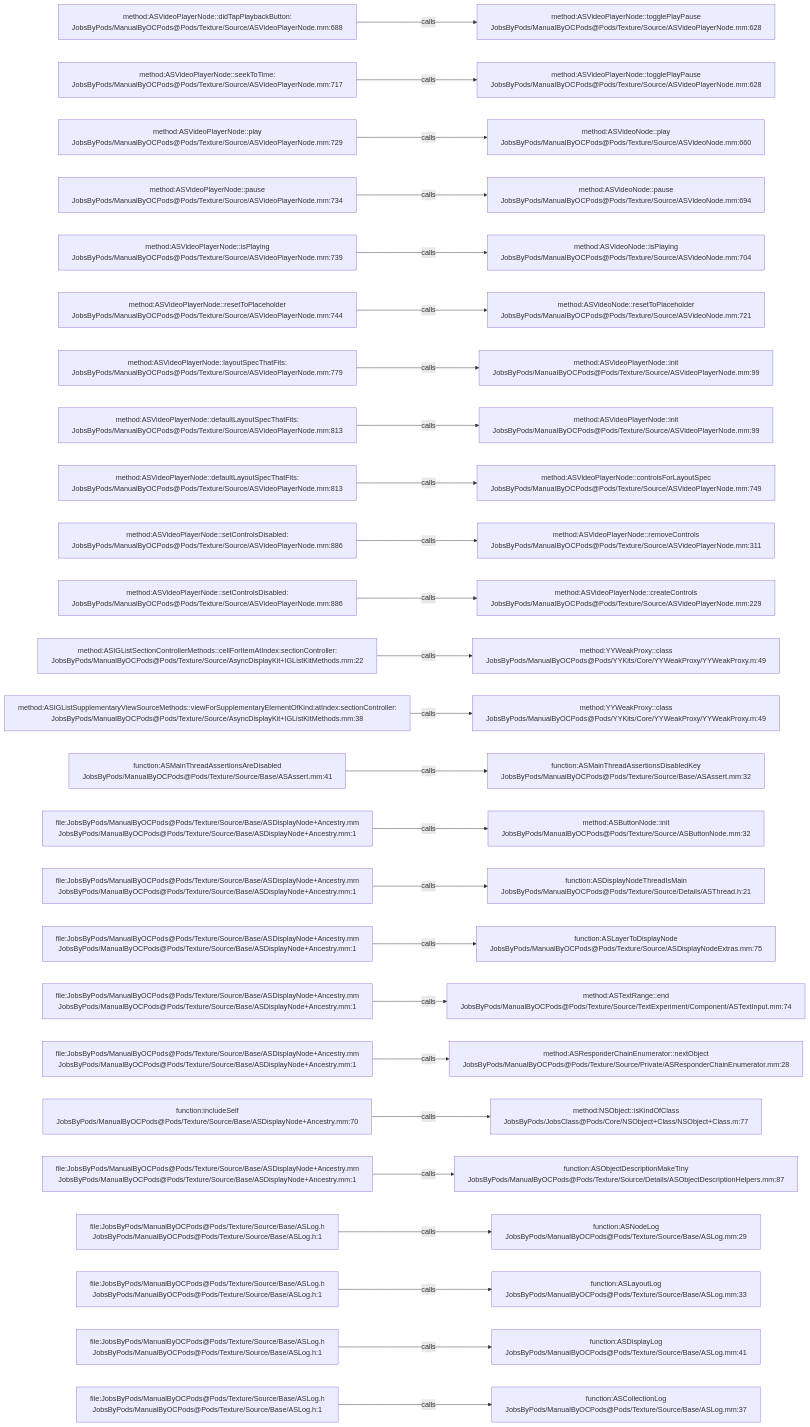
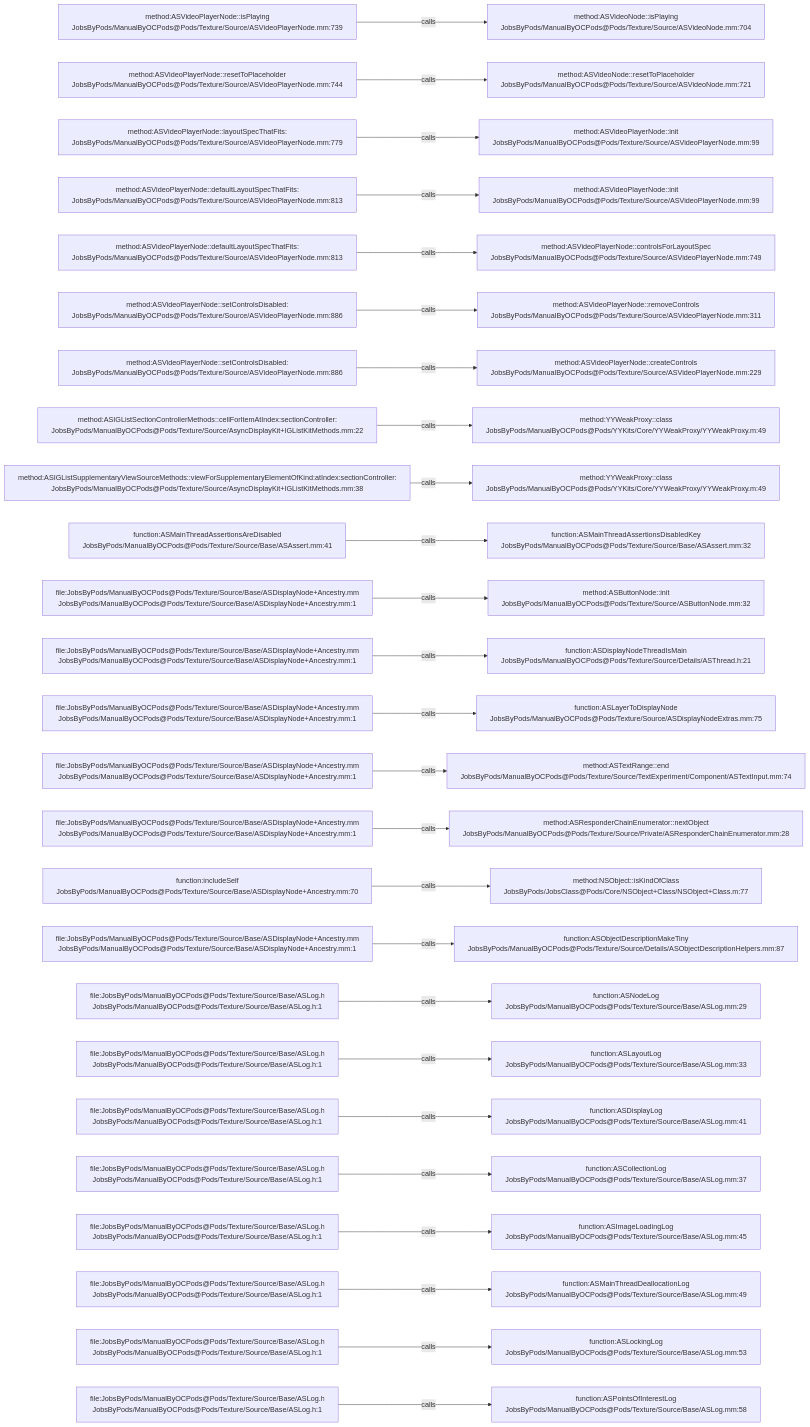
One commit to JobsKits/JobsOCBaseConfigDemo changed the diagram in .codegraph/codegraph.md/graphs/calls-145.md. Above: the diagram before and after it, drawn with Mermaid. The commit also changed 727 other files, not shown here.

````diff
--- a/.codegraph/codegraph.md/graphs/calls-145.md
+++ b/.codegraph/codegraph.md/graphs/calls-145.md
@@ -13,78 +13,78 @@
 ```mermaid
 flowchart LR
-  S1["method:ASVideoPlayerNode::didTapPlaybackButton:<br/>JobsByPods/ManualByOCPods@Pods/Texture/Source/ASVideoPlayerNode.mm:688"]
-  T1["method:ASVideoPlayerNode::togglePlayPause<br/>JobsByPods/ManualByOCPods@Pods/Texture/Source/ASVideoPlayerNode.mm:628"]
+  S1["method:ASVideoPlayerNode::isPlaying<br/>JobsByPods/ManualByOCPods@Pods/Texture/Source/ASVideoPlayerNode.mm:739"]
+  T1["method:ASVideoNode::isPlaying<br/>JobsByPods/ManualByOCPods@Pods/Texture/Source/ASVideoNode.mm:704"]
   S1 -->|calls| T1
-  S2["method:ASVideoPlayerNode::seekToTime:<br/>JobsByPods/ManualByOCPods@Pods/Texture/Source/ASVideoPlayerNode.mm:717"]
-  T2["method:ASVideoPlayerNode::togglePlayPause<br/>JobsByPods/ManualByOCPods@Pods/Texture/Source/ASVideoPlayerNode.mm:628"]
+  S2["method:ASVideoPlayerNode::resetToPlaceholder<br/>JobsByPods/ManualByOCPods@Pods/Texture/Source/ASVideoPlayerNode.mm:744"]
+  T2["method:ASVideoNode::resetToPlaceholder<br/>JobsByPods/ManualByOCPods@Pods/Texture/Source/ASVideoNode.mm:721"]
   S2 -->|calls| T2
-  S3["method:ASVideoPlayerNode::play<br/>JobsByPods/ManualByOCPods@Pods/Texture/Source/ASVideoPlayerNode.mm:729"]
-  T3["method:ASVideoNode::play<br/>JobsByPods/ManualByOCPods@Pods/Texture/Source/ASVideoNode.mm:660"]
+  S3["method:ASVideoPlayerNode::layoutSpecThatFits:<br/>JobsByPods/ManualByOCPods@Pods/Texture/Source/ASVideoPlayerNode.mm:779"]
+  T3["method:ASVideoPlayerNode::init<br/>JobsByPods/ManualByOCPods@Pods/Texture/Source/ASVideoPlayerNode.mm:99"]
   S3 -->|calls| T3
-  S4["method:ASVideoPlayerNode::pause<br/>JobsByPods/ManualByOCPods@Pods/Texture/Source/ASVideoPlayerNode.mm:734"]
-  T4["method:ASVideoNode::pause<br/>JobsByPods/ManualByOCPods@Pods/Texture/Source/ASVideoNode.mm:694"]
+  S4["method:ASVideoPlayerNode::defaultLayoutSpecThatFits:<br/>JobsByPods/ManualByOCPods@Pods/Texture/Source/ASVideoPlayerNode.mm:813"]
+  T4["method:ASVideoPlayerNode::init<br/>JobsByPods/ManualByOCPods@Pods/Texture/Source/ASVideoPlayerNode.mm:99"]
   S4 -->|calls| T4
-  S5["method:ASVideoPlayerNode::isPlaying<br/>JobsByPods/ManualByOCPods@Pods/Texture/Source/ASVideoPlayerNode.mm:739"]
-  T5["method:ASVideoNode::isPlaying<br/>JobsByPods/ManualByOCPods@Pods/Texture/Source/ASVideoNode.mm:704"]
+  S5["method:ASVideoPlayerNode::defaultLayoutSpecThatFits:<br/>JobsByPods/ManualByOCPods@Pods/Texture/Source/ASVideoPlayerNode.mm:813"]
+  T5["method:ASVideoPlayerNode::controlsForLayoutSpec<br/>JobsByPods/ManualByOCPods@Pods/Texture/Source/ASVideoPlayerNode.mm:749"]
   S5 -->|calls| T5
-  S6["method:ASVideoPlayerNode::resetToPlaceholder<br/>JobsByPods/ManualByOCPods@Pods/Texture/Source/ASVideoPlayerNode.mm:744"]
-  T6["method:ASVideoNode::resetToPlaceholder<br/>JobsByPods/ManualByOCPods@Pods/Texture/Source/ASVideoNode.mm:721"]
+  S6["method:ASVideoPlayerNode::setControlsDisabled:<br/>JobsByPods/ManualByOCPods@Pods/Texture/Source/ASVideoPlayerNode.mm:886"]
+  T6["method:ASVideoPlayerNode::removeControls<br/>JobsByPods/ManualByOCPods@Pods/Texture/Source/ASVideoPlayerNode.mm:311"]
   S6 -->|calls| T6
-  S7["method:ASVideoPlayerNode::layoutSpecThatFits:<br/>JobsByPods/ManualByOCPods@Pods/Texture/Source/ASVideoPlayerNode.mm:779"]
-  T7["method:ASVideoPlayerNode::init<br/>JobsByPods/ManualByOCPods@Pods/Texture/Source/ASVideoPlayerNode.mm:99"]
+  S7["method:ASVideoPlayerNode::setControlsDisabled:<br/>JobsByPods/ManualByOCPods@Pods/Texture/Source/ASVideoPlayerNode.mm:886"]
+  T7["method:ASVideoPlayerNode::createControls<br/>JobsByPods/ManualByOCPods@Pods/Texture/Source/ASVideoPlayerNode.mm:229"]
   S7 -->|calls| T7
-  S8["method:ASVideoPlayerNode::defaultLayoutSpecThatFits:<br/>JobsByPods/ManualByOCPods@Pods/Texture/Source/ASVideoPlayerNode.mm:813"]
-  T8["method:ASVideoPlayerNode::init<br/>JobsByPods/ManualByOCPods@Pods/Texture/Source/ASVideoPlayerNode.mm:99"]
+  S8["method:ASIGListSectionControllerMethods::cellForItemAtIndex:sectionController:<br/>JobsByPods/ManualByOCPods@Pods/Texture/Source/AsyncDisplayKit+IGListKitMethods.mm:22"]
+  T8["method:YYWeakProxy::class<br/>JobsByPods/ManualByOCPods@Pods/YYKits/Core/YYWeakProxy/YYWeakProxy.m:49"]
   S8 -->|calls| T8
-  S9["method:ASVideoPlayerNode::defaultLayoutSpecThatFits:<br/>JobsByPods/ManualByOCPods@Pods/Texture/Source/ASVideoPlayerNode.mm:813"]
-  T9["method:ASVideoPlayerNode::controlsForLayoutSpec<br/>JobsByPods/ManualByOCPods@Pods/Texture/Source/ASVideoPlayerNode.mm:749"]
+  S9["method:ASIGListSupplementaryViewSourceMethods::viewForSupplementaryElementOfKind:atIndex:sectionController:<br/>JobsByPods/ManualByOCPods@Pods/Texture/Source/AsyncDisplayKit+IGListKitMethods.mm:38"]
+  T9["method:YYWeakProxy::class<br/>JobsByPods/ManualByOCPods@Pods/YYKits/Core/YYWeakProxy/YYWeakProxy.m:49"]
   S9 -->|calls| T9
-  S10["method:ASVideoPlayerNode::setControlsDisabled:<br/>JobsByPods/ManualByOCPods@Pods/Texture/Source/ASVideoPlayerNode.mm:886"]
-  T10["method:ASVideoPlayerNode::removeControls<br/>JobsByPods/ManualByOCPods@Pods/Texture/Source/ASVideoPlayerNode.mm:311"]
+  S10["function:ASMainThreadAssertionsAreDisabled<br/>JobsByPods/ManualByOCPods@Pods/Texture/Source/Base/ASAssert.mm:41"]
+  T10["function:ASMainThreadAssertionsDisabledKey<br/>JobsByPods/ManualByOCPods@Pods/Texture/Source/Base/ASAssert.mm:32"]
   S10 -->|calls| T10
-  S11["method:ASVideoPlayerNode::setControlsDisabled:<br/>JobsByPods/ManualByOCPods@Pods/Texture/Source/ASVideoPlayerNode.mm:886"]
-  T11["method:ASVideoPlayerNode::createControls<br/>JobsByPods/ManualByOCPods@Pods/Texture/Source/ASVideoPlayerNode.mm:229"]
+  S11["file:JobsByPods/ManualByOCPods@Pods/Texture/Source/Base/ASDisplayNode+Ancestry.mm<br/>JobsByPods/ManualByOCPods@Pods/Texture/Source/Base/ASDisplayNode+Ancestry.mm:1"]
+  T11["method:ASButtonNode::init<br/>JobsByPods/ManualByOCPods@Pods/Texture/Source/ASButtonNode.mm:32"]
   S11 -->|calls| T11
-  S12["method:ASIGListSectionControllerMethods::cellForItemAtIndex:sectionController:<br/>JobsByPods/ManualByOCPods@Pods/Texture/Source/AsyncDisplayKit+IGListKitMethods.mm:22"]
-  T12["method:YYWeakProxy::class<br/>JobsByPods/ManualByOCPods@Pods/YYKits/Core/YYWeakProxy/YYWeakProxy.m:49"]
+  S12["file:JobsByPods/ManualByOCPods@Pods/Texture/Source/Base/ASDisplayNode+Ancestry.mm<br/>JobsByPods/ManualByOCPods@Pods/Texture/Source/Base/ASDisplayNode+Ancestry.mm:1"]
+  T12["function:ASDisplayNodeThreadIsMain<br/>JobsByPods/ManualByOCPods@Pods/Texture/Source/Details/ASThread.h:21"]
   S12 -->|calls| T12
-  S13["method:ASIGListSupplementaryViewSourceMethods::viewForSupplementaryElementOfKind:atIndex:sectionController:<br/>JobsByPods/ManualByOCPods@Pods/Texture/Source/AsyncDisplayKit+IGListKitMethods.mm:38"]
-  T13["method:YYWeakProxy::class<br/>JobsByPods/ManualByOCPods@Pods/YYKits/Core/YYWeakProxy/YYWeakProxy.m:49"]
+  S13["file:JobsByPods/ManualByOCPods@Pods/Texture/Source/Base/ASDisplayNode+Ancestry.mm<br/>JobsByPods/ManualByOCPods@Pods/Texture/Source/Base/ASDisplayNode+Ancestry.mm:1"]
+  T13["function:ASLayerToDisplayNode<br/>JobsByPods/ManualByOCPods@Pods/Texture/Source/ASDisplayNodeExtras.mm:75"]
   S13 -->|calls| T13
-  S14["function:ASMainThreadAssertionsAreDisabled<br/>JobsByPods/ManualByOCPods@Pods/Texture/Source/Base/ASAssert.mm:41"]
-  T14["function:ASMainThreadAssertionsDisabledKey<br/>JobsByPods/ManualByOCPods@Pods/Texture/Source/Base/ASAssert.mm:32"]
+  S14["file:JobsByPods/ManualByOCPods@Pods/Texture/Source/Base/ASDisplayNode+Ancestry.mm<br/>JobsByPods/ManualByOCPods@Pods/Texture/Source/Base/ASDisplayNode+Ancestry.mm:1"]
+  T14["method:ASTextRange::end<br/>JobsByPods/ManualByOCPods@Pods/Texture/Source/TextExperiment/Component/ASTextInput.mm:74"]
   S14 -->|calls| T14
   S15["file:JobsByPods/ManualByOCPods@Pods/Texture/Source/Base/ASDisplayNode+Ancestry.mm<br/>JobsByPods/ManualByOCPods@Pods/Texture/Source/Base/ASDisplayNode+Ancestry.mm:1"]
-  T15["method:ASButtonNode::init<br/>JobsByPods/ManualByOCPods@Pods/Texture/Source/ASButtonNode.mm:32"]
+  T15["method:ASResponderChainEnumerator::nextObject<br/>JobsByPods/ManualByOCPods@Pods/Texture/Source/Private/ASResponderChainEnumerator.mm:28"]
   S15 -->|calls| T15
-  S16["file:JobsByPods/ManualByOCPods@Pods/Texture/Source/Base/ASDisplayNode+Ancestry.mm<br/>JobsByPods/ManualByOCPods@Pods/Texture/Source/Base/ASDisplayNode+Ancestry.mm:1"]
-  T16["function:ASDisplayNodeThreadIsMain<br/>JobsByPods/ManualByOCPods@Pods/Texture/Source/Details/ASThread.h:21"]
+  S16["function:includeSelf<br/>JobsByPods/ManualByOCPods@Pods/Texture/Source/Base/ASDisplayNode+Ancestry.mm:70"]
+  T16["method:NSObject::isKindOfClass<br/>JobsByPods/JobsClass@Pods/Core/NSObject+Class/NSObject+Class.m:77"]
   S16 -->|calls| T16
   S17["file:JobsByPods/ManualByOCPods@Pods/Texture/Source/Base/ASDisplayNode+Ancestry.mm<br/>JobsByPods/ManualByOCPods@Pods/Texture/Source/Base/ASDisplayNode+Ancestry.mm:1"]
-  T17["function:ASLayerToDisplayNode<br/>JobsByPods/ManualByOCPods@Pods/Texture/Source/ASDisplayNodeExtras.mm:75"]
+  T17["function:ASObjectDescriptionMakeTiny<br/>JobsByPods/ManualByOCPods@Pods/Texture/Source/Details/ASObjectDescriptionHelpers.mm:87"]
   S17 -->|calls| T17
-  S18["file:JobsByPods/ManualByOCPods@Pods/Texture/Source/Base/ASDisplayNode+Ancestry.mm<br/>JobsByPods/ManualByOCPods@Pods/Texture/Source/Base/ASDisplayNode+Ancestry.mm:1"]
-  T18["method:ASTextRange::end<br/>JobsByPods/ManualByOCPods@Pods/Texture/Source/TextExperiment/Component/ASTextInput.mm:74"]
+  S18["file:JobsByPods/ManualByOCPods@Pods/Texture/Source/Base/ASLog.h<br/>JobsByPods/ManualByOCPods@Pods/Texture/Source/Base/ASLog.h:1"]
+  T18["function:ASNodeLog<br/>JobsByPods/ManualByOCPods@Pods/Texture/Source/Base/ASLog.mm:29"]
   S18 -->|calls| T18
-  S19["file:JobsByPods/ManualByOCPods@Pods/Texture/Source/Base/ASDisplayNode+Ancestry.mm<br/>JobsByPods/ManualByOCPods@Pods/Texture/Source/Base/ASDisplayNode+Ancestry.mm:1"]
-  T19["method:ASResponderChainEnumerator::nextObject<br/>JobsByPods/ManualByOCPods@Pods/Texture/Source/Private/ASResponderChainEnumerator.mm:28"]
+  S19["file:JobsByPods/ManualByOCPods@Pods/Texture/Source/Base/ASLog.h<br/>JobsByPods/ManualByOCPods@Pods/Texture/Source/Base/ASLog.h:1"]
+  T19["function:ASLayoutLog<br/>JobsByPods/ManualByOCPods@Pods/Texture/Source/Base/ASLog.mm:33"]
   S19 -->|calls| T19
-  S20["function:includeSelf<br/>JobsByPods/ManualByOCPods@Pods/Texture/Source/Base/ASDisplayNode+Ancestry.mm:70"]
-  T20["method:NSObject::isKindOfClass<br/>JobsByPods/JobsClass@Pods/Core/NSObject+Class/NSObject+Class.m:77"]
+  S20["file:JobsByPods/ManualByOCPods@Pods/Texture/Source/Base/ASLog.h<br/>JobsByPods/ManualByOCPods@Pods/Texture/Source/Base/ASLog.h:1"]
+  T20["function:ASDisplayLog<br/>JobsByPods/ManualByOCPods@Pods/Texture/Source/Base/ASLog.mm:41"]
   S20 -->|calls| T20
-  S21["file:JobsByPods/ManualByOCPods@Pods/Texture/Source/Base/ASDisplayNode+Ancestry.mm<br/>JobsByPods/ManualByOCPods@Pods/Texture/Source/Base/ASDisplayNode+Ancestry.mm:1"]
-  T21["function:ASObjectDescriptionMakeTiny<br/>JobsByPods/ManualByOCPods@Pods/Texture/Source/Details/ASObjectDescriptionHelpers.mm:87"]
+  S21["file:JobsByPods/ManualByOCPods@Pods/Texture/Source/Base/ASLog.h<br/>JobsByPods/ManualByOCPods@Pods/Texture/Source/Base/ASLog.h:1"]
+  T21["function:ASCollectionLog<br/>JobsByPods/ManualByOCPods@Pods/Texture/Source/Base/ASLog.mm:37"]
   S21 -->|calls| T21
   S22["file:JobsByPods/ManualByOCPods@Pods/Texture/Source/Base/ASLog.h<br/>JobsByPods/ManualByOCPods@Pods/Texture/Source/Base/ASLog.h:1"]
-  T22["function:ASNodeLog<br/>JobsByPods/ManualByOCPods@Pods/Texture/Source/Base/ASLog.mm:29"]
+  T22["function:ASImageLoadingLog<br/>JobsByPods/ManualByOCPods@Pods/Texture/Source/Base/ASLog.mm:45"]
   S22 -->|calls| T22
   S23["file:JobsByPods/ManualByOCPods@Pods/Texture/Source/Base/ASLog.h<br/>JobsByPods/ManualByOCPods@Pods/Texture/Source/Base/ASLog.h:1"]
-  T23["function:ASLayoutLog<br/>JobsByPods/ManualByOCPods@Pods/Texture/Source/Base/ASLog.mm:33"]
+  T23["function:ASMainThreadDeallocationLog<br/>JobsByPods/ManualByOCPods@Pods/Texture/Source/Base/ASLog.mm:49"]
   S23 -->|calls| T23
   S24["file:JobsByPods/ManualByOCPods@Pods/Texture/Source/Base/ASLog.h<br/>JobsByPods/ManualByOCPods@Pods/Texture/Source/Base/ASLog.h:1"]
-  T24["function:ASDisplayLog<br/>JobsByPods/ManualByOCPods@Pods/Texture/Source/Base/ASLog.mm:41"]
+  T24["function:ASLockingLog<br/>JobsByPods/ManualByOCPods@Pods/Texture/Source/Base/ASLog.mm:53"]
   S24 -->|calls| T24
   S25["file:JobsByPods/ManualByOCPods@Pods/Texture/Source/Base/ASLog.h<br/>JobsByPods/ManualByOCPods@Pods/Texture/Source/Base/ASLog.h:1"]
-  T25["function:ASCollectionLog<br/>JobsByPods/ManualByOCPods@Pods/Texture/Source/Base/ASLog.mm:37"]
+  T25["function:ASPointsOfInterestLog<br/>JobsByPods/ManualByOCPods@Pods/Texture/Source/Base/ASLog.mm:58"]
   S25 -->|calls| T25
 ```
````
